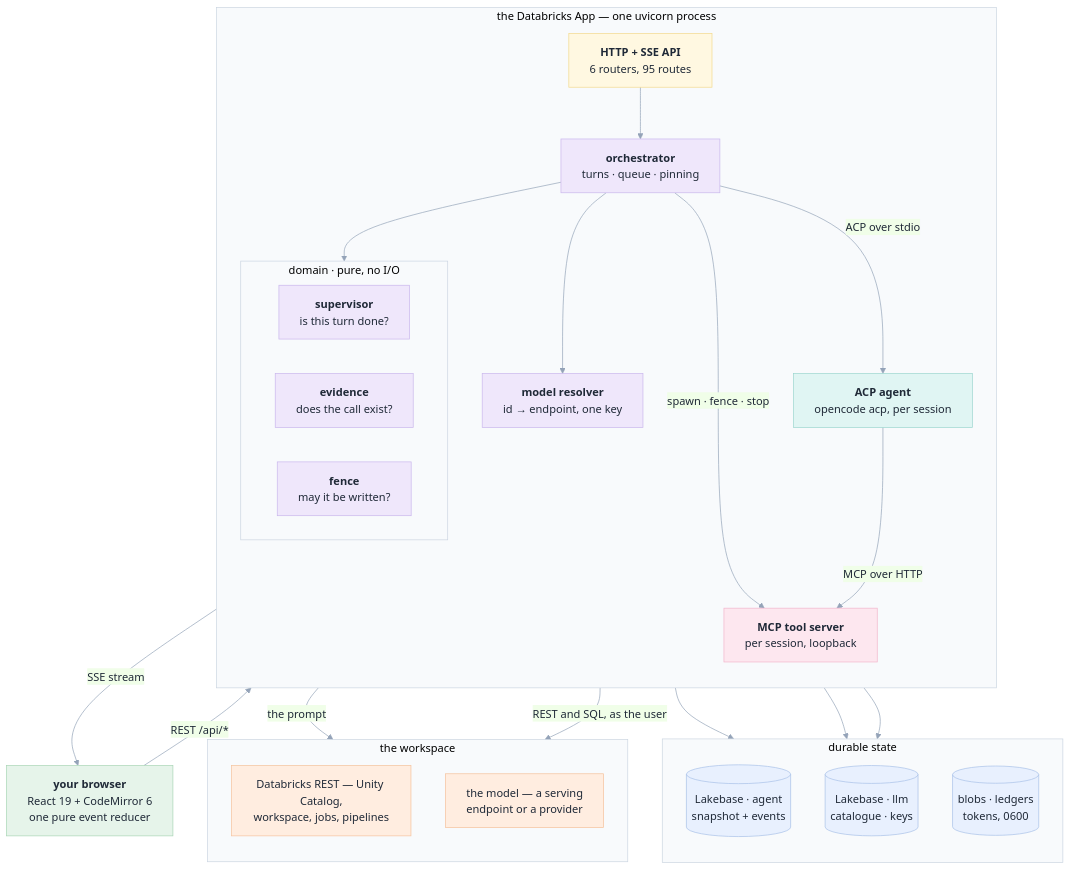
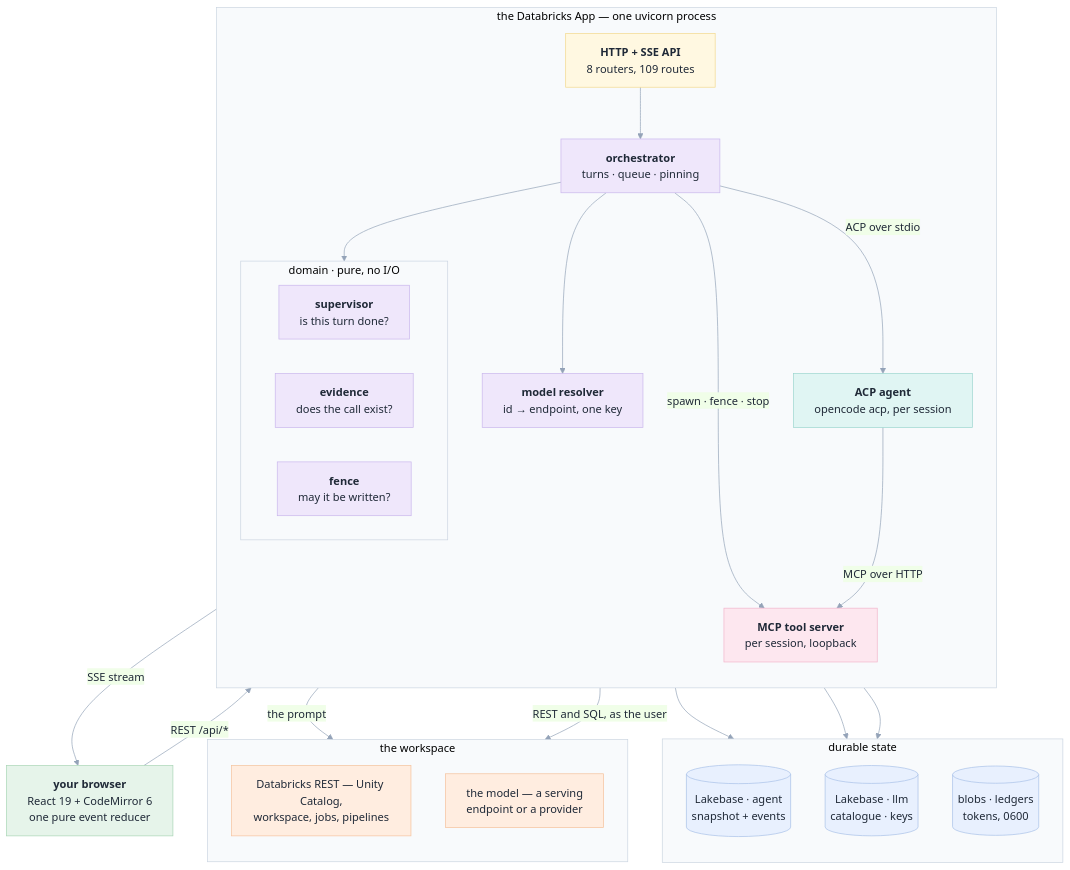
The second of 13 diagrams in docs/08-architecture.md (raphaelmansuy/edgegenie), drawn with Mermaid before and after one commit. The commit also changed other lines of this file and 3 other files, not shown here.

Commit message:
Align published architecture checks with SQL query support

````diff
--- a/docs/08-architecture.md
+++ b/docs/08-architecture.md
@@ -77,55 +77,55 @@
 ```mermaid
 %%{init: {'theme':'base','themeVariables':{'primaryColor':'#E8F0FE','primaryTextColor':'#1F2937','primaryBorderColor':'#A8C0E8','lineColor':'#94A3B8','clusterBkg':'#F8FAFC','clusterBorder':'#CBD5E1'}}}%%
 flowchart TB
     FE["<b>your browser</b><br/>React 19 + CodeMirror 6<br/>one pure event reducer"]:::green
 
     subgraph C["the Databricks App — one uvicorn process"]
         direction TB
-        API["<b>HTTP + SSE API</b><br/>6 routers, 95 routes"]:::yellow
+        API["<b>HTTP + SSE API</b><br/>8 routers, 109 routes"]:::yellow
         subgraph PURE["domain · pure, no I/O"]
             direction LR
             SUP["<b>supervisor</b><br/>is this turn done?"]:::purple
             EVD["<b>evidence</b><br/>does the call exist?"]:::purple
             SCP["<b>fence</b><br/>may it be written?"]:::purple
         end
         ORCH["<b>orchestrator</b><br/>turns · queue · pinning"]:::purple
         RES["<b>model resolver</b><br/>id → endpoint, one key"]:::purple
         AGENT["<b>ACP agent</b><br/>opencode acp, per session"]:::teal
         TOOLS["<b>MCP tool server</b><br/>per session, loopback"]:::pink
     end
 
     subgraph D["durable state"]
         direction TB
         JRN[("Lakebase · agent<br/>snapshot + events")]:::blue
         REG[("Lakebase · llm<br/>catalogue · keys")]:::blue
         FS[("blobs · ledgers<br/>tokens, 0600")]:::blue
     end
 
     subgraph W["the workspace"]
         direction TB
         DBX["Databricks REST — Unity Catalog,<br/>workspace, jobs, pipelines"]:::orange
         MDL["the model — a serving<br/>endpoint or a provider"]:::orange
     end
 
     FE -->|"REST /api/*"| API
     API -->|"SSE stream"| FE
     API --> ORCH
     ORCH --> PURE
     ORCH --> RES
     ORCH -->|"ACP over stdio"| AGENT
     ORCH -->|"spawn · fence · stop"| TOOLS
     AGENT -->|"MCP over HTTP"| TOOLS
     AGENT -->|"the prompt"| MDL
     TOOLS -->|"REST and SQL, as the user"| DBX
     ORCH --> JRN
     RES --> REG
     API --> FS
 
     classDef green fill:#E6F4EA,stroke:#A8D5B5,color:#1F2937
     classDef yellow fill:#FFF8E1,stroke:#F2D98D,color:#1F2937
     classDef purple fill:#EFE7FB,stroke:#C9B6EC,color:#1F2937
     classDef teal fill:#E0F5F3,stroke:#9AD5CE,color:#1F2937
     classDef pink fill:#FDE7EF,stroke:#F2B5CB,color:#1F2937
     classDef blue fill:#E8F0FE,stroke:#A8C0E8,color:#1F2937
     classDef orange fill:#FFEDE0,stroke:#F5C29C,color:#1F2937
 ```
````
